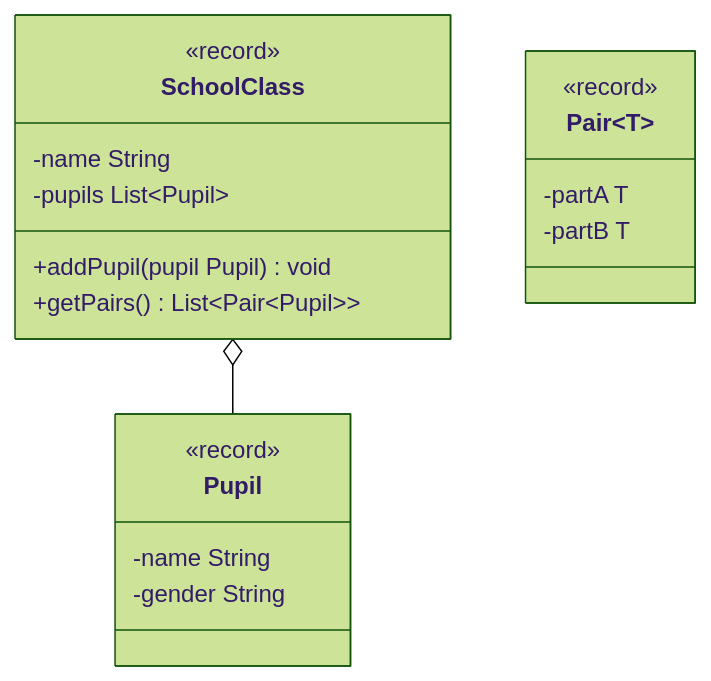
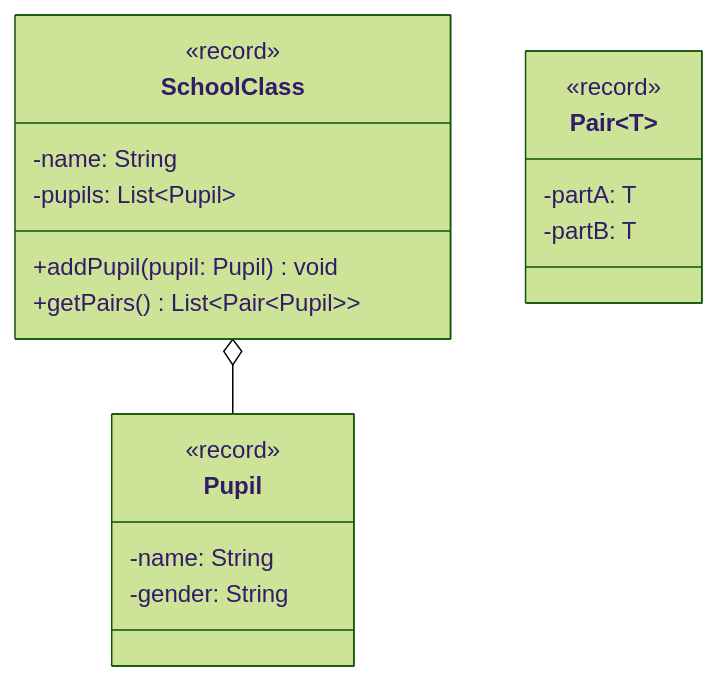
One commit to jappuccini/java-docs changed the diagram in docs/exercises/generics/generics03.mdx. Above: the diagram before and after it, drawn with Mermaid (forest theme). The commit also changed other lines of this file and 76 other files, not shown here.

Commit message:
uml fixes (colons, properties), headline fixes (italic) and exam result updates

````diff
--- a/docs/exercises/generics/generics03.mdx
+++ b/docs/exercises/generics/generics03.mdx
@@ -15,24 +15,24 @@
 ```mermaid
 classDiagram
     SchoolClass o-- Pupil
 
     class Pair~T~ {
         <<record>>
-        -partA T
-        -partB T
+        -partA: T
+        -partB: T
     }
 
     class SchoolClass {
         <<record>>
-        -name String
-        -pupils List~Pupil~
-        +addPupil(pupil Pupil) void
+        -name: String
+        -pupils: List~Pupil~
+        +addPupil(pupil: Pupil) void
         +getPairs() List~Pair~Pupil~~
     }
 
     class Pupil {
         <<record>>
-        -name String
-        -gender String
+        -name: String
+        -gender: String
     }
 ```
````
